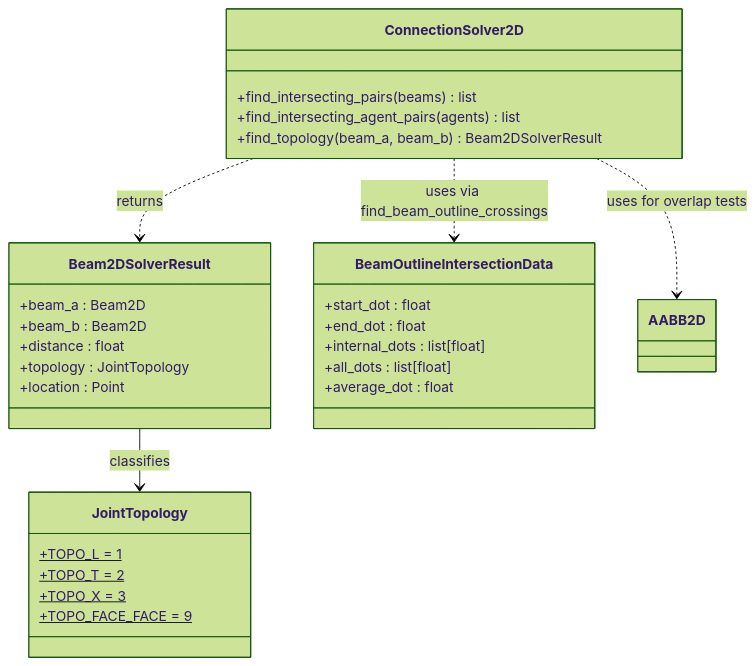
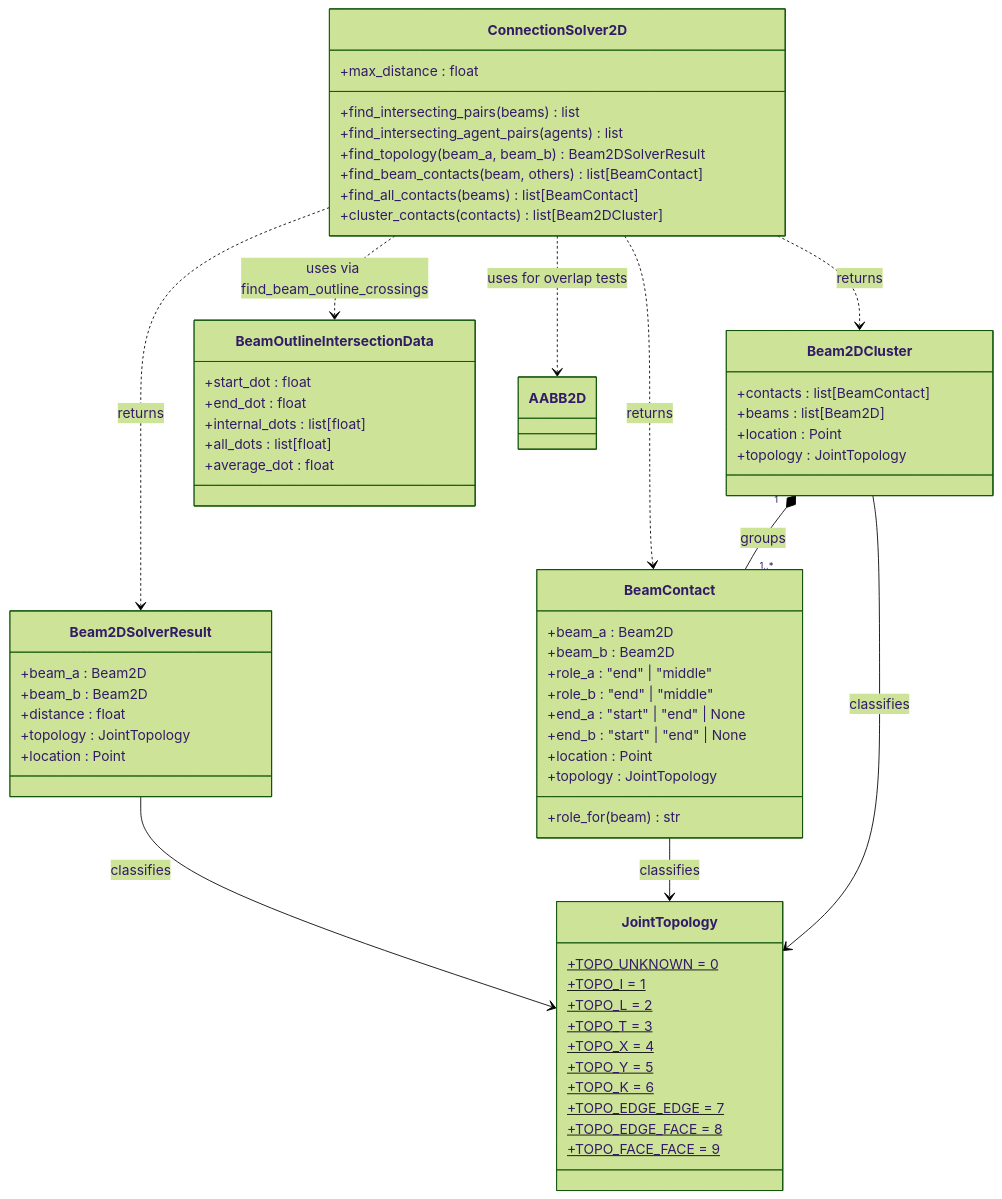
Before and after one commit to gramaziokohler/timber_design: the seventh of 7 diagrams in docs/contribution/class_diagrams.md, drawn with Mermaid (forest theme). The commit also changed other lines of this file and 25 other files, not shown here.

````diff
--- a/docs/contribution/class_diagrams.md
+++ b/docs/contribution/class_diagrams.md
@@ -428,37 +506,71 @@
 ```mermaid
 classDiagram
 
     class ConnectionSolver2D {
+        +max_distance : float
         +find_intersecting_pairs(beams) list
         +find_intersecting_agent_pairs(agents) list
         +find_topology(beam_a, beam_b) Beam2DSolverResult
+        +find_beam_contacts(beam, others) list[BeamContact]
+        +find_all_contacts(beams) list[BeamContact]
+        +cluster_contacts(contacts) list[Beam2DCluster]
     }
 
     class Beam2DSolverResult {
         +beam_a : Beam2D
         +beam_b : Beam2D
         +distance : float
         +topology : JointTopology
         +location : Point
+    }
+
+    class BeamContact {
+        +beam_a : Beam2D
+        +beam_b : Beam2D
+        +role_a : "end" | "middle"
+        +role_b : "end" | "middle"
+        +end_a : "start" | "end" | None
+        +end_b : "start" | "end" | None
+        +location : Point
+        +topology : JointTopology
+        +role_for(beam) str
+    }
+
+    class Beam2DCluster {
+        +contacts : list[BeamContact]
+        +beams : list[Beam2D]
+        +location : Point
+        +topology : JointTopology
     }
 
     class BeamOutlineIntersectionData {
         +start_dot : float
         +end_dot : float
         +internal_dots : list[float]
         +all_dots : list[float]
         +average_dot : float
     }
 
     class JointTopology {
-        +TOPO_L = 1$
-        +TOPO_T = 2$
-        +TOPO_X = 3$
+        +TOPO_UNKNOWN = 0$
+        +TOPO_I = 1$
+        +TOPO_L = 2$
+        +TOPO_T = 3$
+        +TOPO_X = 4$
+        +TOPO_Y = 5$
+        +TOPO_K = 6$
+        +TOPO_EDGE_EDGE = 7$
+        +TOPO_EDGE_FACE = 8$
         +TOPO_FACE_FACE = 9$
     }
 
     ConnectionSolver2D ..> Beam2DSolverResult : returns
+    ConnectionSolver2D ..> BeamContact : returns
+    ConnectionSolver2D ..> Beam2DCluster : returns
     ConnectionSolver2D ..> AABB2D : uses for overlap tests
     ConnectionSolver2D ..> BeamOutlineIntersectionData : uses via find_beam_outline_crossings
+    Beam2DCluster "1" *-- "1..*" BeamContact : groups
     Beam2DSolverResult --> JointTopology : classifies
+    BeamContact --> JointTopology : classifies
+    Beam2DCluster --> JointTopology : classifies
 ```
````
